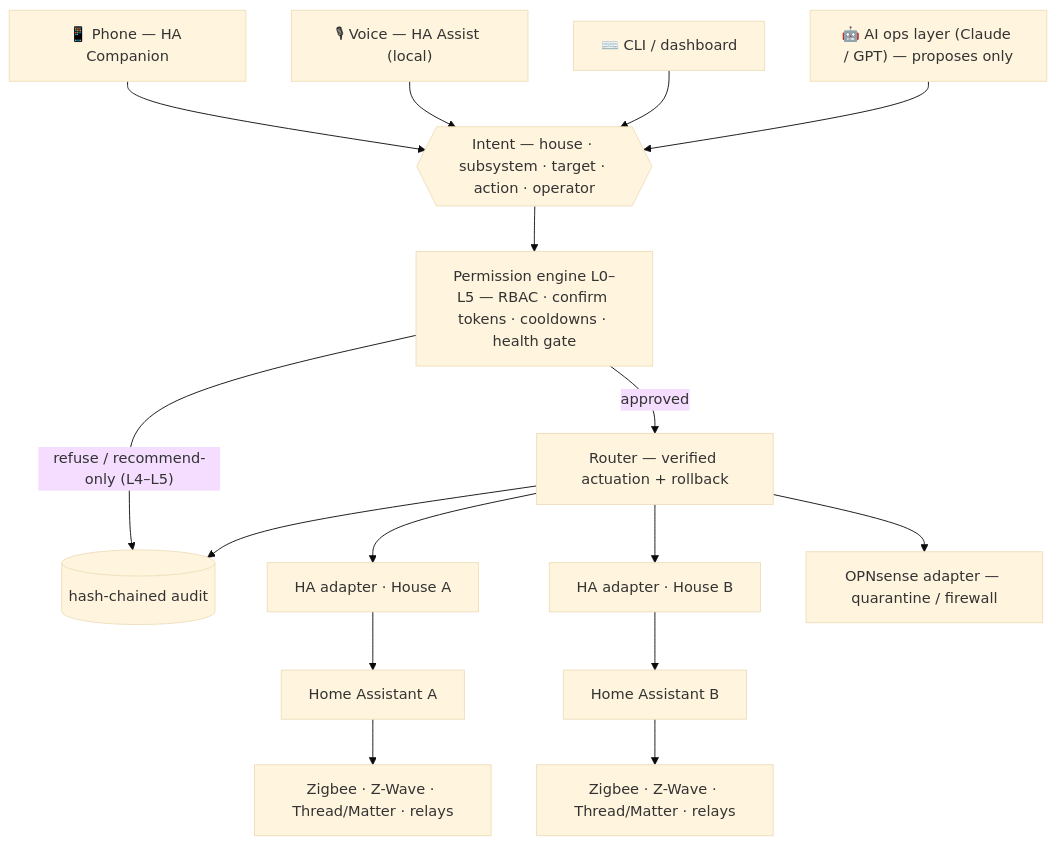
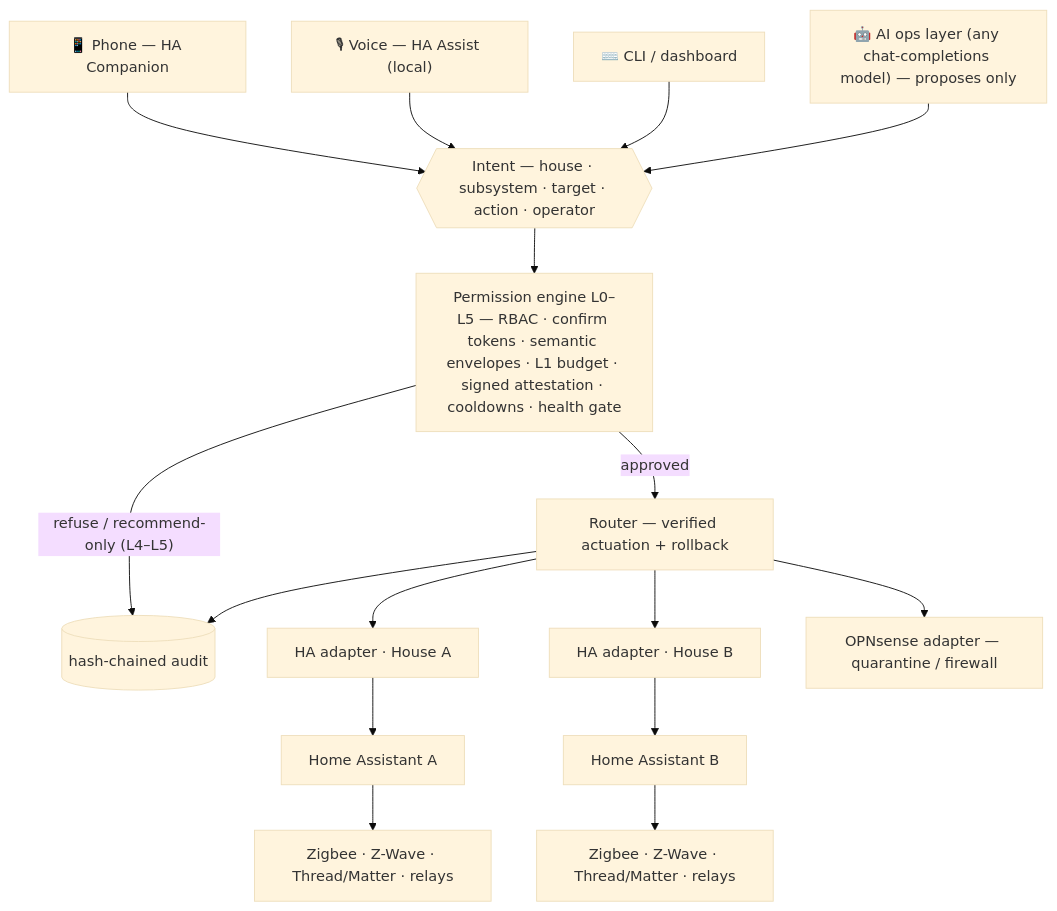
The diagram in README.md (Cole-Will-I-Am/AI_Smart_Home), drawn with Mermaid (base theme) before and after one commit. The commit also changed other lines of this file, not shown here.

````diff
--- a/README.md
+++ b/README.md
@@ -39,17 +39,17 @@
 ```mermaid
 flowchart TD
     P["📱 Phone — HA Companion"] --> I
     V["🎙 Voice — HA Assist (local)"] --> I
     C["⌨️ CLI / dashboard"] --> I
-    AI["🤖 AI ops layer (Claude / GPT) — proposes only"] --> I
+    AI["🤖 AI ops layer (any chat-completions model) — proposes only"] --> I
     I{{"Intent — house · subsystem · target · action · operator"}}
-    I --> E["Permission engine L0–L5 — RBAC · confirm tokens · cooldowns · health gate"]
+    I --> E["Permission engine L0–L5 — RBAC · confirm tokens · semantic envelopes · L1 budget · signed attestation · cooldowns · health gate"]
     E -- "refuse / recommend-only (L4–L5)" --> X[("hash-chained audit")]
     E -- approved --> R["Router — verified actuation + rollback"]
     R --> X
     R --> A["HA adapter · House A"]
     R --> B["HA adapter · House B"]
     R --> N["OPNsense adapter — quarantine / firewall"]
     A --> HA1["Home Assistant A"] --> D1["Zigbee · Z-Wave · Thread/Matter · relays"]
     B --> HA2["Home Assistant B"] --> D2["Zigbee · Z-Wave · Thread/Matter · relays"]
 ```
````
